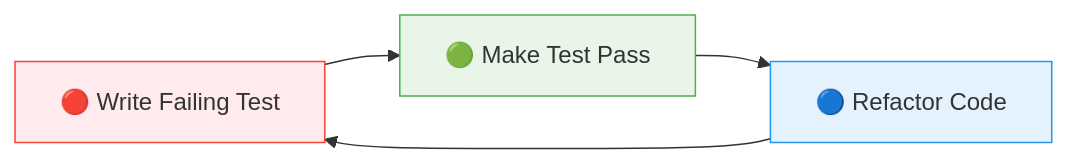
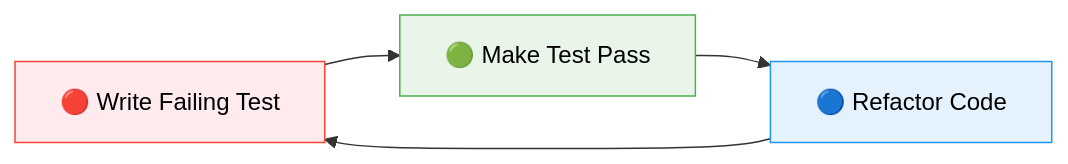
The diagram in README.md (jordyvanvorselen/portfolio), drawn with Mermaid before and after one commit.

Commit message:
docs: improve mermaid diagram readability with black text
- Change mermaid diagram text color from gray to black for better readability
- Maintain existing background colors and stroke styles for TDD cycle visualization

````diff
--- a/README.md
+++ b/README.md
@@ -123,10 +123,10 @@
 ```mermaid
 graph LR
     A[🔴 Write Failing Test] --> B[🟢 Make Test Pass]
     B --> C[🔵 Refactor Code]
     C --> A
 
-    style A fill:#ffebee,stroke:#f44336
-    style B fill:#e8f5e8,stroke:#4caf50
-    style C fill:#e3f2fd,stroke:#2196f3
+    style A fill:#ffebee,stroke:#f44336,color:#000000
+    style B fill:#e8f5e8,stroke:#4caf50,color:#000000
+    style C fill:#e3f2fd,stroke:#2196f3,color:#000000
 ```
````
